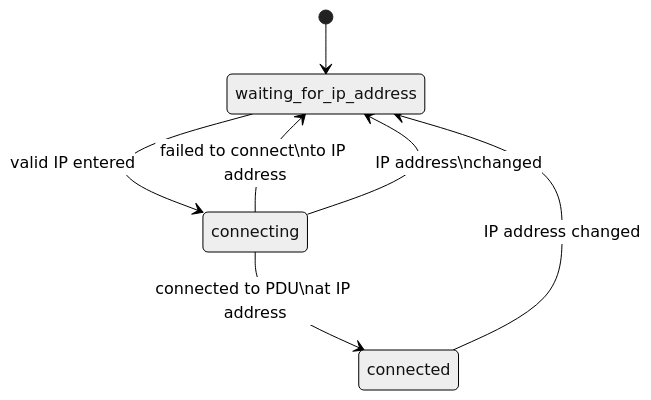
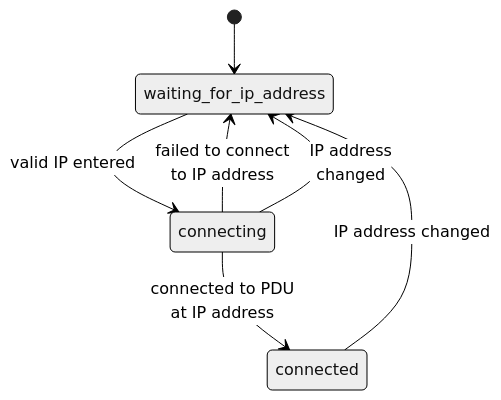
One commit to mit-kavli-institute/python-cyberpower-pdu changed the diagram in README.md. Above: the diagram before and after it, drawn with Mermaid (neutral theme).

Commit message:
Fix newlines in state machine diagram

````diff
--- a/README.md
+++ b/README.md
@@ -24,9 +24,9 @@
 ```mermaid
 stateDiagram-v2
     [*] --> waiting_for_ip_address
     waiting_for_ip_address --> connecting: valid IP entered
-    connecting --> waiting_for_ip_address: failed to connect\nto IP address
-    connecting --> waiting_for_ip_address: IP address\nchanged
-    connecting --> connected: connected to PDU\nat IP address
+    connecting --> waiting_for_ip_address: failed to connect<br>to IP address
+    connecting --> waiting_for_ip_address: IP address<br>changed
+    connecting --> connected: connected to PDU<br>at IP address
     connected --> waiting_for_ip_address: IP address changed
 ```
````
